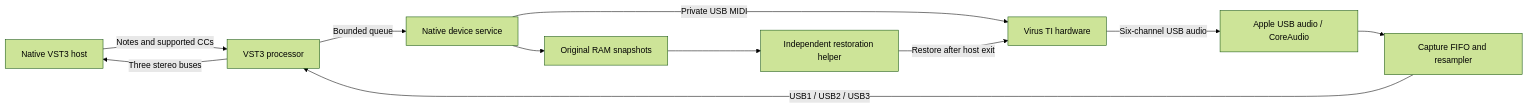
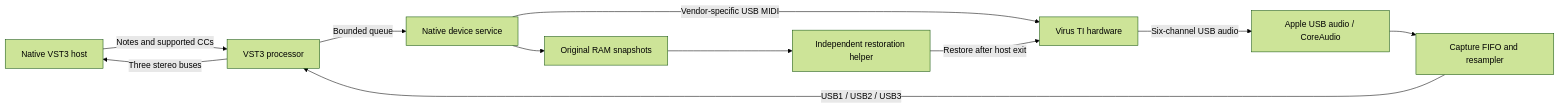
One commit to Give-me-a-signal/virus-ti-rework changed the diagram in README.md. Above: the diagram before and after it, drawn with Mermaid (forest theme). The commit also changed other lines of this file and 10 other files, not shown here.

````diff
--- a/README.md
+++ b/README.md
@@ -82,13 +81,13 @@
 ```mermaid
 flowchart LR
     DAW[Native VST3 host] -->|Notes and supported CCs| Plugin[VST3 processor]
     Plugin -->|Bounded queue| Worker[Native device service]
-    Worker -->|Private USB MIDI| TI[Virus TI hardware]
+    Worker -->|Vendor-specific USB MIDI| TI[Virus TI hardware]
     TI -->|Six-channel USB audio| Apple[Apple USB audio / CoreAudio]
     Apple --> FIFO[Capture FIFO and resampler]
     FIFO -->|USB1 / USB2 / USB3| Plugin
     Plugin -->|Three stereo buses| DAW
     Worker --> Snap[Original RAM snapshots]
     Snap --> Helper[Independent restoration helper]
     Helper -->|Restore after host exit| TI
 ```
````
